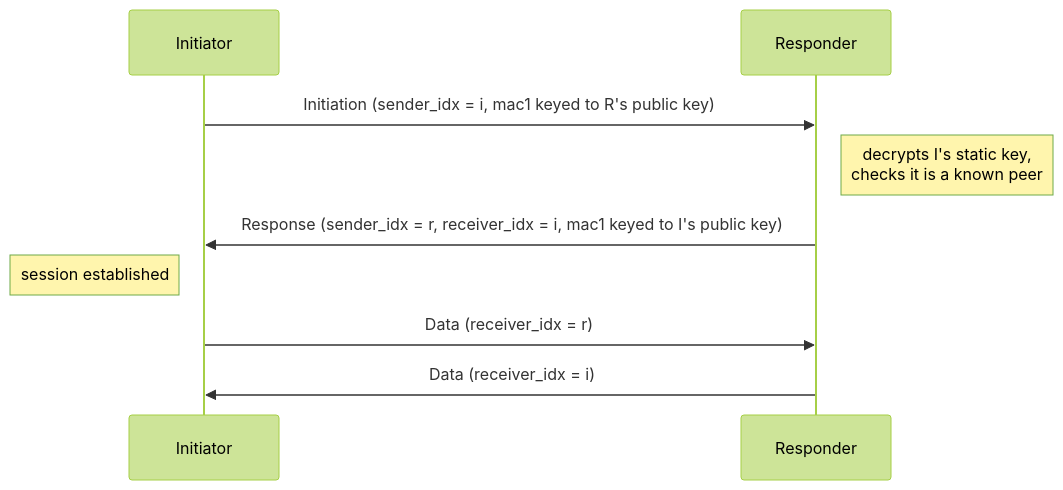
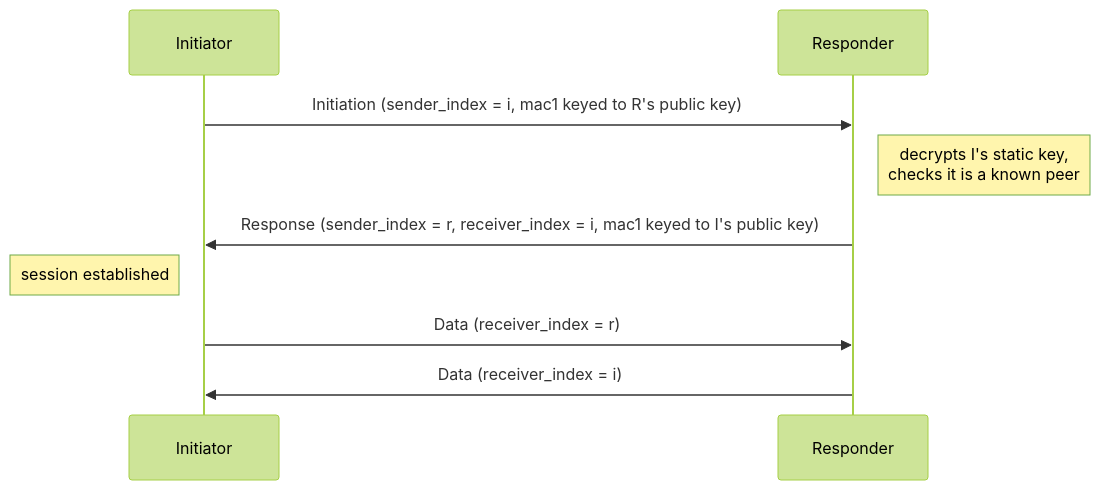
Before and after one commit to 3alpha/wg-relay: the third of 23 diagrams in docs/how-it-works.md, drawn with Mermaid (forest theme). The commit also changed other lines of this file and 46 other files, not shown here.

````diff
--- a/docs/how-it-works.md
+++ b/docs/how-it-works.md
@@ -123,11 +125,11 @@
 ```mermaid
 sequenceDiagram
     participant I as Initiator
     participant R as Responder
-    I->>R: Initiation (sender_idx = i, mac1 keyed to R's public key)
+    I->>R: Initiation (sender_index = i, mac1 keyed to R's public key)
     Note right of R: decrypts I's static key,<br/>checks it is a known peer
-    R->>I: Response (sender_idx = r, receiver_idx = i, mac1 keyed to I's public key)
+    R->>I: Response (sender_index = r, receiver_index = i, mac1 keyed to I's public key)
     Note left of I: session established
-    I->>R: Data (receiver_idx = r)
-    R->>I: Data (receiver_idx = i)
+    I->>R: Data (receiver_index = r)
+    R->>I: Data (receiver_index = i)
 ```
````
